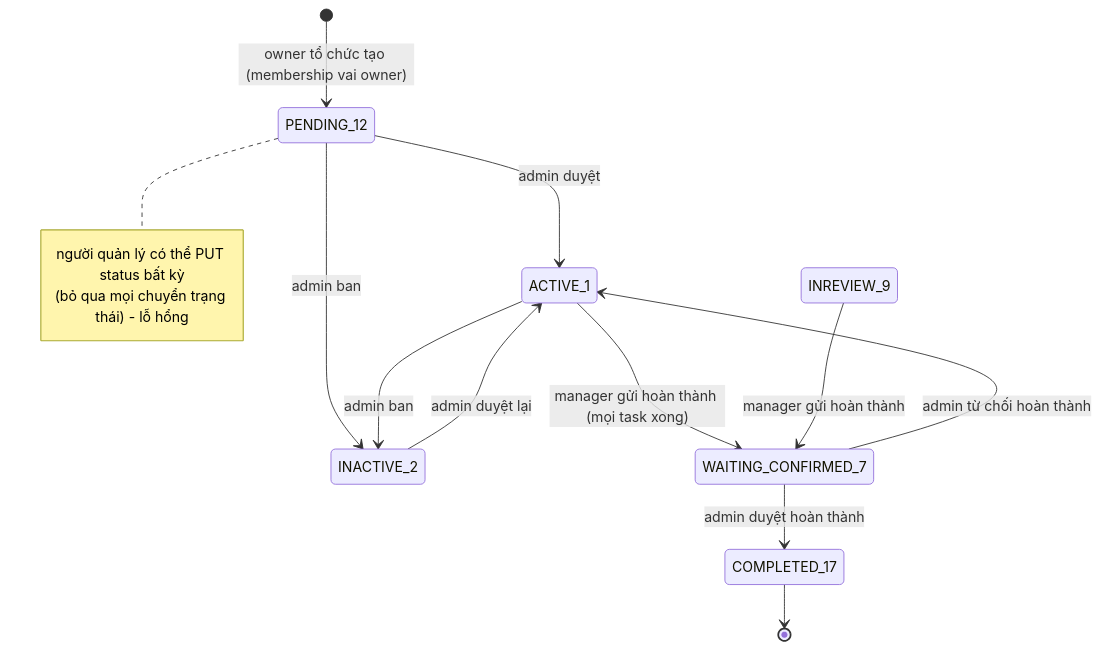
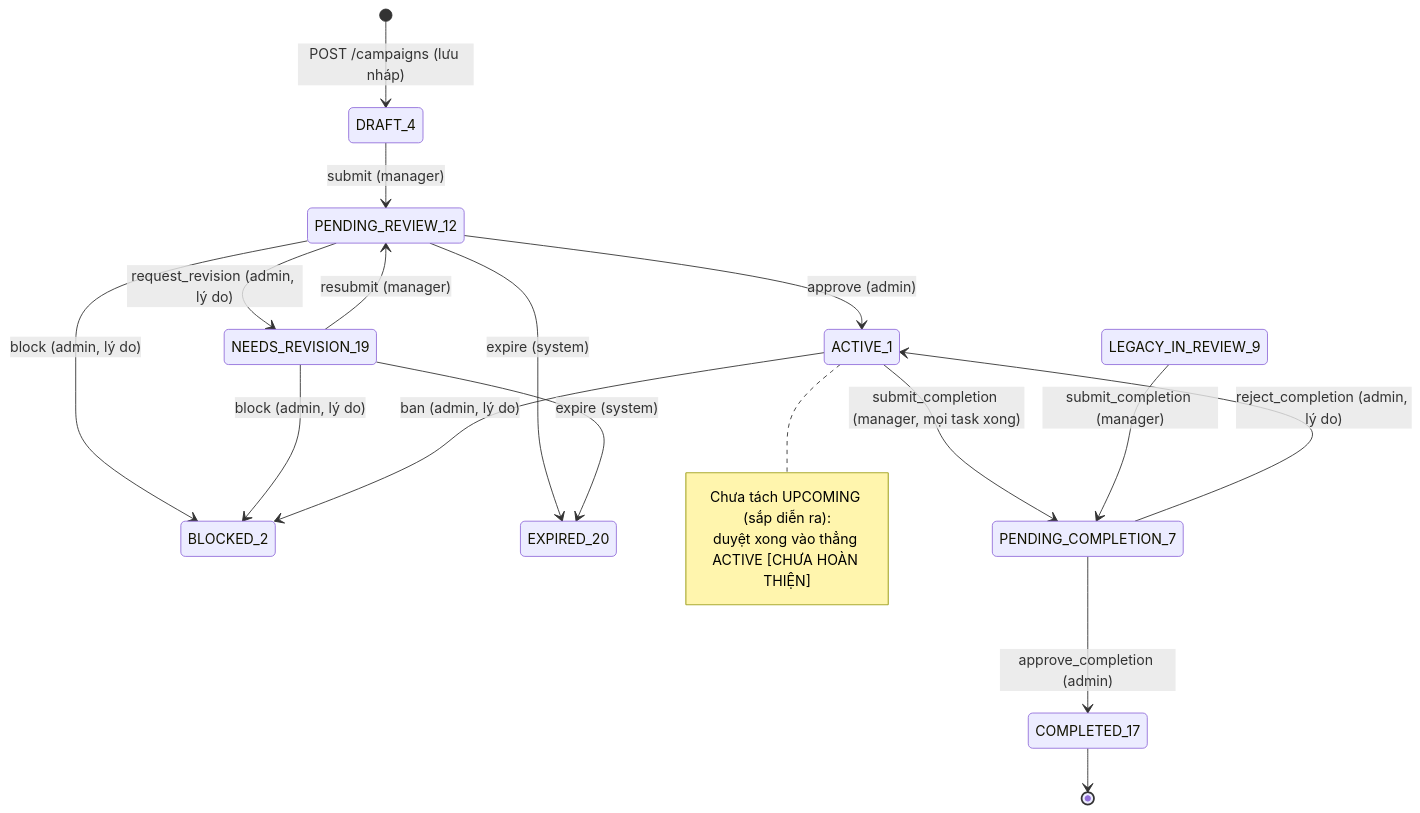
Before and after one commit to DOAN2-UQT-KN/ecolink-docs: the second of 13 diagrams in 04-state-machines.md, drawn with Mermaid. The commit also changed other lines of this file and 9 other files, not shown here.

Commit message:
docs: campaign lifecycle phases 1-2 (draft, submit, admin review, meeting points)

````diff
--- a/04-state-machines.md
+++ b/04-state-machines.md
@@ -41,17 +43,22 @@
 ```mermaid
 stateDiagram-v2
-  [*] --> PENDING_12: owner tổ chức tạo (membership vai owner)
-  PENDING_12 --> ACTIVE_1: admin duyệt
-  PENDING_12 --> INACTIVE_2: admin ban
-  ACTIVE_1 --> INACTIVE_2: admin ban
-  INACTIVE_2 --> ACTIVE_1: admin duyệt lại
-  ACTIVE_1 --> WAITING_CONFIRMED_7: manager gửi hoàn thành (mọi task xong)
-  INREVIEW_9 --> WAITING_CONFIRMED_7: manager gửi hoàn thành
-  WAITING_CONFIRMED_7 --> COMPLETED_17: admin duyệt hoàn thành
-  WAITING_CONFIRMED_7 --> ACTIVE_1: admin từ chối hoàn thành
+  [*] --> DRAFT_4: POST /campaigns (lưu nháp)
+  DRAFT_4 --> PENDING_REVIEW_12: submit (manager)
+  NEEDS_REVISION_19 --> PENDING_REVIEW_12: resubmit (manager)
+  PENDING_REVIEW_12 --> ACTIVE_1: approve (admin)
+  PENDING_REVIEW_12 --> NEEDS_REVISION_19: request_revision (admin, lý do)
+  PENDING_REVIEW_12 --> BLOCKED_2: block (admin, lý do)
+  NEEDS_REVISION_19 --> BLOCKED_2: block (admin, lý do)
+  ACTIVE_1 --> BLOCKED_2: ban (admin, lý do)
+  PENDING_REVIEW_12 --> EXPIRED_20: expire (system)
+  NEEDS_REVISION_19 --> EXPIRED_20: expire (system)
+  ACTIVE_1 --> PENDING_COMPLETION_7: submit_completion (manager, mọi task xong)
+  LEGACY_IN_REVIEW_9 --> PENDING_COMPLETION_7: submit_completion (manager)
+  PENDING_COMPLETION_7 --> COMPLETED_17: approve_completion (admin)
+  PENDING_COMPLETION_7 --> ACTIVE_1: reject_completion (admin, lý do)
   COMPLETED_17 --> [*]
-  note right of PENDING_12
-    người quản lý có thể PUT status bất kỳ
-    (bỏ qua mọi chuyển trạng thái) - lỗ hổng
+  note right of ACTIVE_1
+    Chưa tách UPCOMING (sắp diễn ra):
+    duyệt xong vào thẳng ACTIVE [CHƯA HOÀN THIỆN]
   end note
 ```
````
